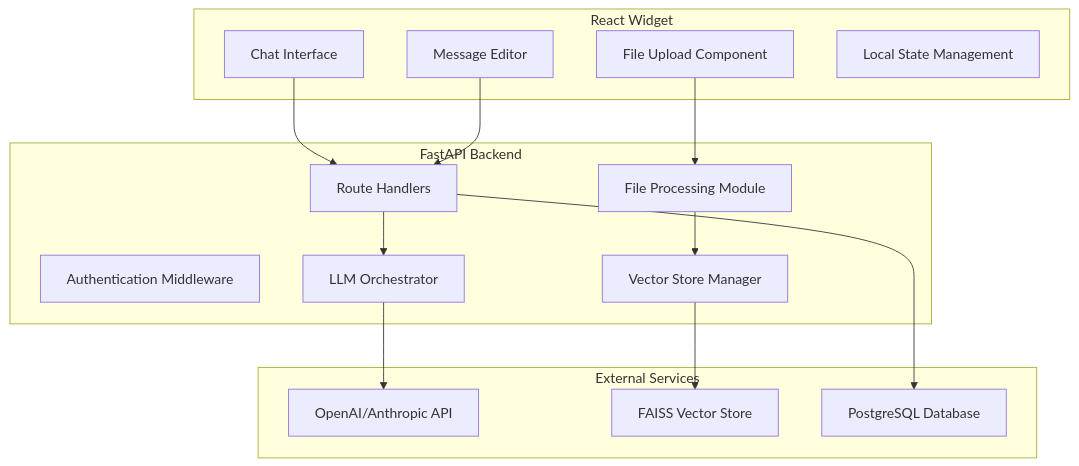
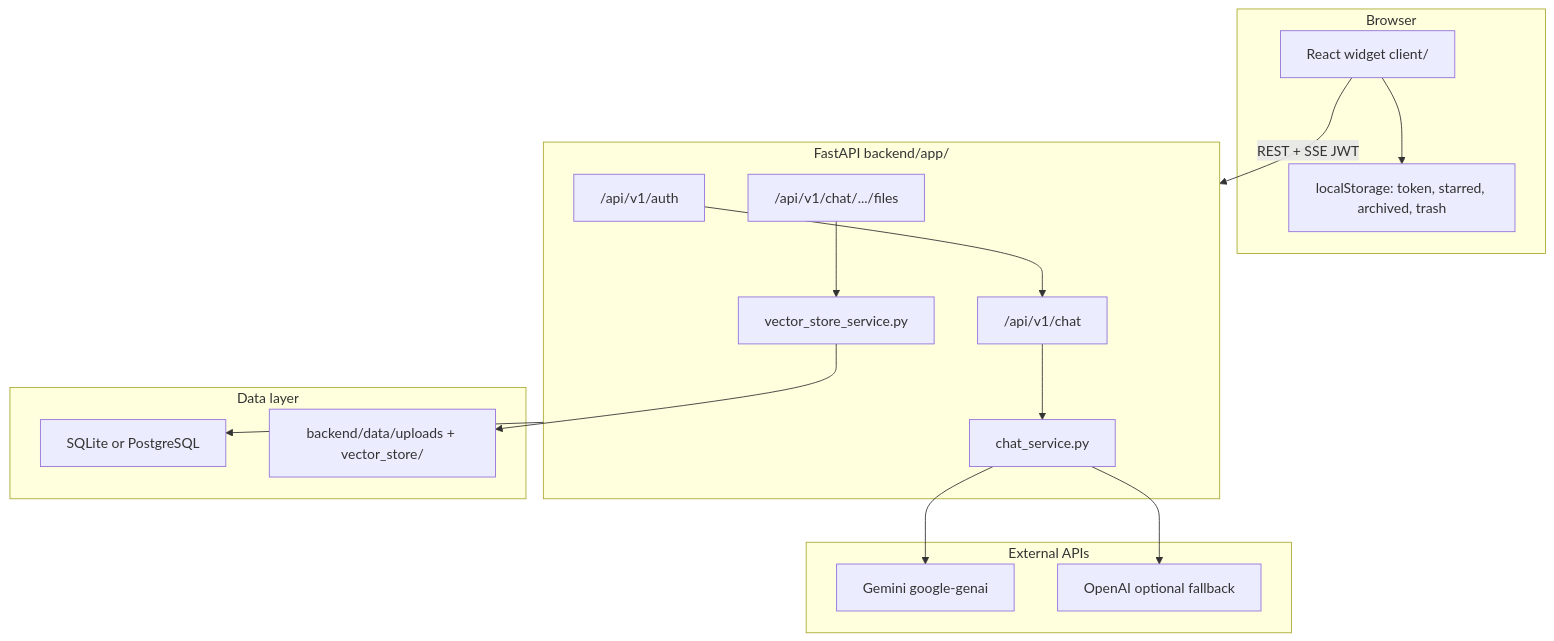
One commit to akshatha-22/chatbot-widget changed the diagram in docs/01_system_overview.md. Above: the diagram before and after it, drawn with Mermaid. The commit also changed other lines of this file and 7 other files, not shown here.

Commit message:
Align docs folder with actual codebase (except ARCHITECTURE.md)

````diff
--- a/docs/01_system_overview.md
+++ b/docs/01_system_overview.md
@@ -229,32 +24,35 @@
 ```mermaid
-graph TD
-    subgraph Widget["React Widget"]
-        W1["Chat Interface"]
-        W2["File Upload Component"]
-        W3["Message Editor"]
-        W4["Local State Management"]
+graph TB
+    subgraph Browser["Browser"]
+        W["React widget client/"]
+        LS["localStorage: token, starred, archived, trash"]
+        W --> LS
     end
 
-    subgraph Backend["FastAPI Backend"]
-        B1["Route Handlers"]
-        B2["Authentication Middleware"]
-        B3["File Processing Module"]
-        B4["LLM Orchestrator"]
-        B5["Vector Store Manager"]
+    subgraph API["FastAPI backend/app/"]
+        AUTH["/api/v1/auth"]
+        CHAT["/api/v1/chat"]
+        FILES["/api/v1/chat/.../files"]
+        CS["chat_service.py"]
+        VS["vector_store_service.py"]
+        AUTH --> CHAT
+        CHAT --> CS
+        FILES --> VS
     end
 
-    subgraph Services["External Services"]
-        S1["OpenAI/Anthropic API"]
-        S2["FAISS Vector Store"]
-        S3["PostgreSQL Database"]
+    subgraph Data["Data layer"]
+        DB["SQLite or PostgreSQL"]
+        DISK["backend/data/uploads + vector_store/"]
     end
 
-    W1 --> B1
-    W2 --> B3
-    W3 --> B1
-    B1 --> B4
-    B3 --> B5
-    B4 --> S1
-    B5 --> S2
-    B1 --> S3
+    subgraph External["External APIs"]
+        GEM["Gemini google-genai"]
+        OAI["OpenAI optional fallback"]
+    end
+
+    W -->|REST + SSE JWT| API
+    CS --> GEM
+    CS --> OAI
+    API --> DB
+    VS --> DISK
 ```
````
